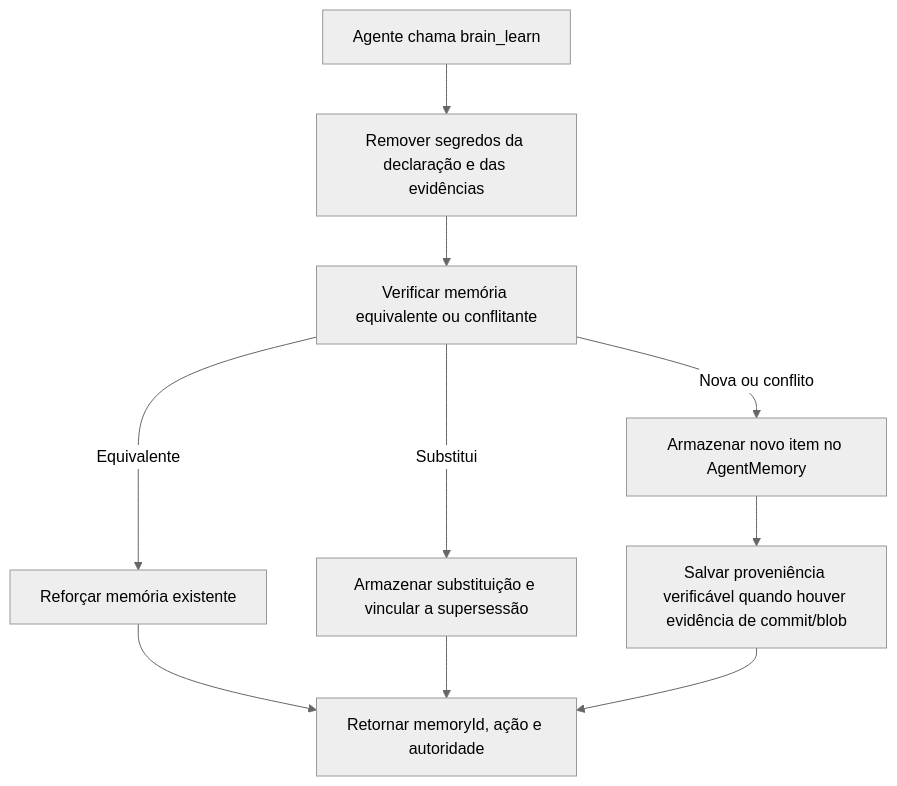
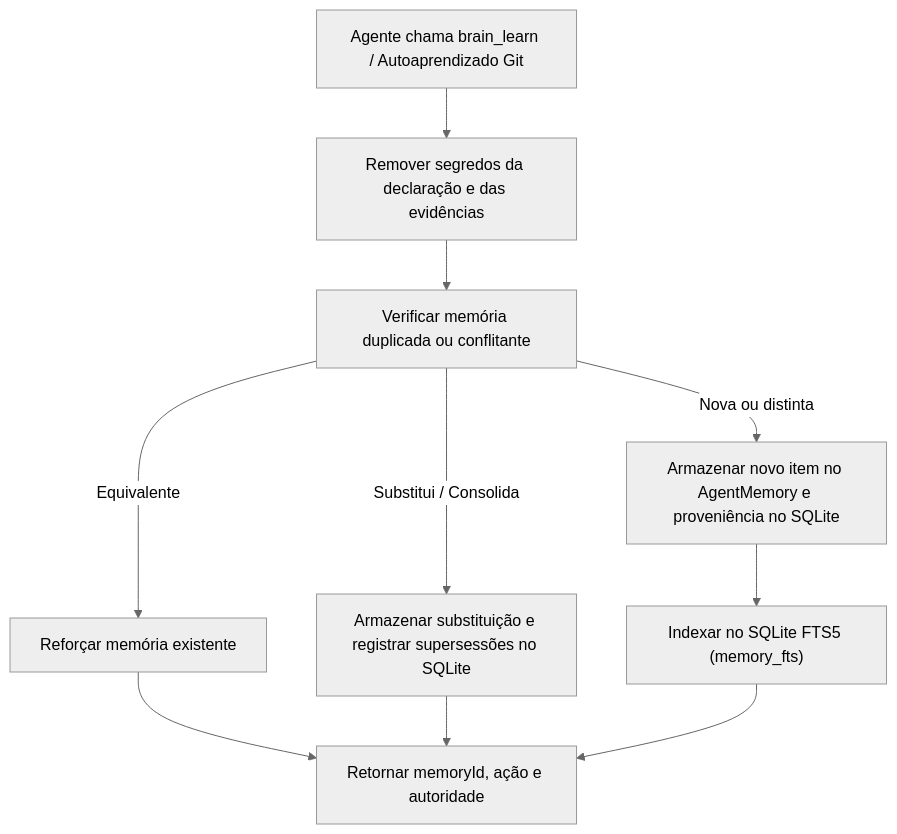
Before and after one commit to RaffaHr/mega-brain-mcp: the third of 10 diagrams in README-ptbr.md, drawn with Mermaid (neutral theme). The commit also changed other lines of this file and 1 other file, not shown here.

````diff
--- a/README-ptbr.md
+++ b/README-ptbr.md
@@ -373,23 +365,12 @@
 ```mermaid
-
 flowchart TD
-
-A["Agente chama brain_learn"] --> B["Remover segredos da declaração e das evidências"]
-
-B --> C["Verificar memória equivalente ou conflitante"]
-
+A["Agente chama brain_learn / Autoaprendizado Git"] --> B["Remover segredos da declaração e das evidências"]
+B --> C["Verificar memória duplicada ou conflitante"]
 C -->|Equivalente| D["Reforçar memória existente"]
-
-C -->|Substitui| E["Armazenar substituição e vincular a supersessão"]
-
-C -->|Nova ou conflito| F["Armazenar novo item no AgentMemory"]
-
+C -->|Substitui / Consolida| E["Armazenar substituição e registrar supersessões no SQLite"]
+C -->|Nova ou distinta| F["Armazenar novo item no AgentMemory e proveniência no SQLite"]
 D --> G["Retornar memoryId, ação e autoridade"]
-
 E --> G
-
-F --> H["Salvar proveniência verificável quando houver evidência de commit/blob"]
-
+F --> H["Indexar no SQLite FTS5 (memory_fts)"]
 H --> G
-
 ```
````
